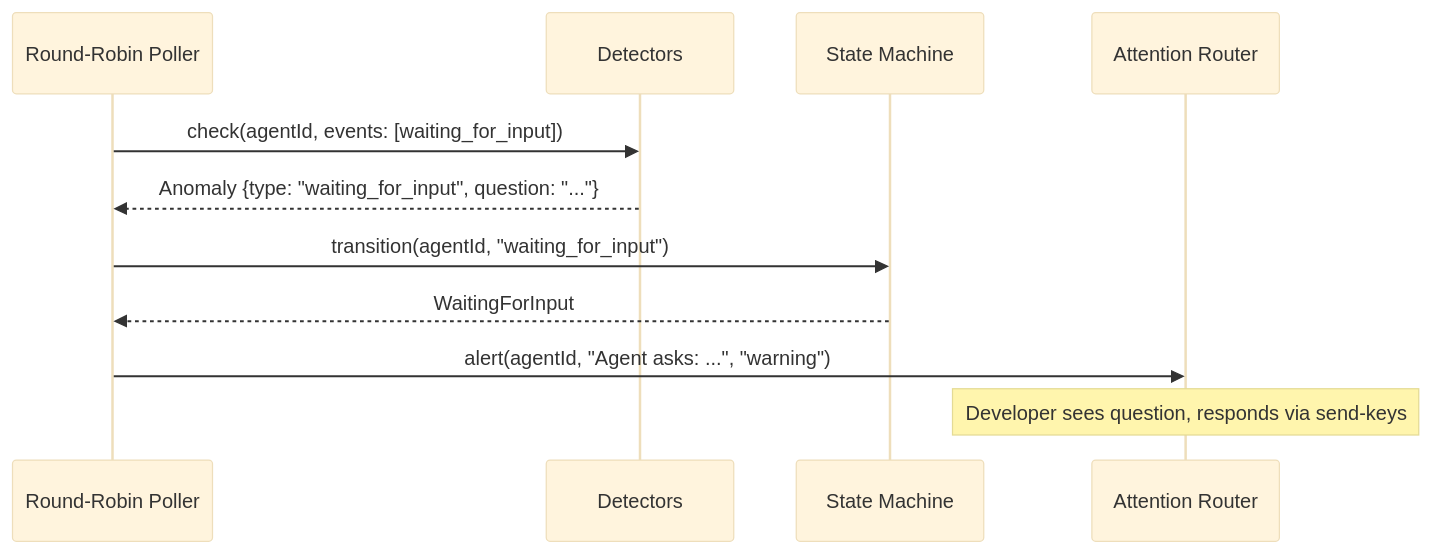
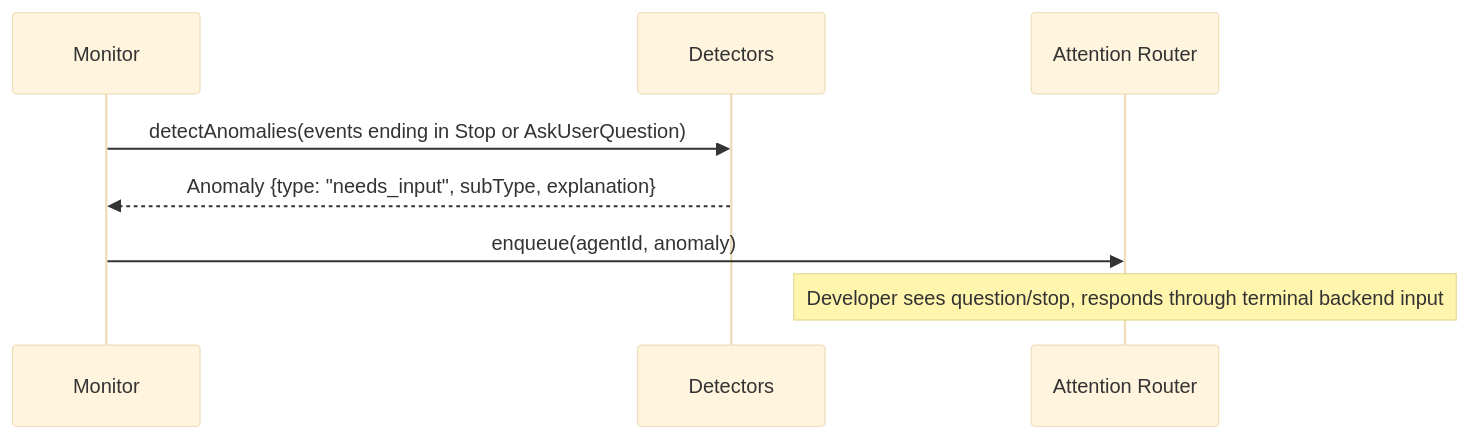
One commit to kookr-ai/kookr changed the second of 2 diagrams in docs/system-models/subsystems/supervisor-agent/02-key-sequences.md. Above: the diagram before and after it, drawn with Mermaid (base theme). The commit also changed other lines of this file and 23 other files, not shown here.

Commit message:
docs: reconcile architecture models with implementation

````diff
--- a/docs/system-models/subsystems/supervisor-agent/02-key-sequences.md
+++ b/docs/system-models/subsystems/supervisor-agent/02-key-sequences.md
@@ -40,14 +32,11 @@
 ```mermaid
 sequenceDiagram
-  participant Poller as Round-Robin Poller
+  participant Monitor as Monitor
   participant Det as Detectors
-  participant SM as State Machine
   participant Router as Attention Router
 
-  Poller->>Det: check(agentId, events: [waiting_for_input])
-  Det-->>Poller: Anomaly {type: "waiting_for_input", question: "..."}
-  Poller->>SM: transition(agentId, "waiting_for_input")
-  SM-->>Poller: WaitingForInput
-  Poller->>Router: alert(agentId, "Agent asks: ...", "warning")
-  Note over Router: Developer sees question, responds via send-keys
+  Monitor->>Det: detectAnomalies(events ending in Stop or AskUserQuestion)
+  Det-->>Monitor: Anomaly {type: "needs_input", subType, explanation}
+  Monitor->>Router: enqueue(agentId, anomaly)
+  Note over Router: Developer sees question/stop, responds through terminal backend input
 ```
````
